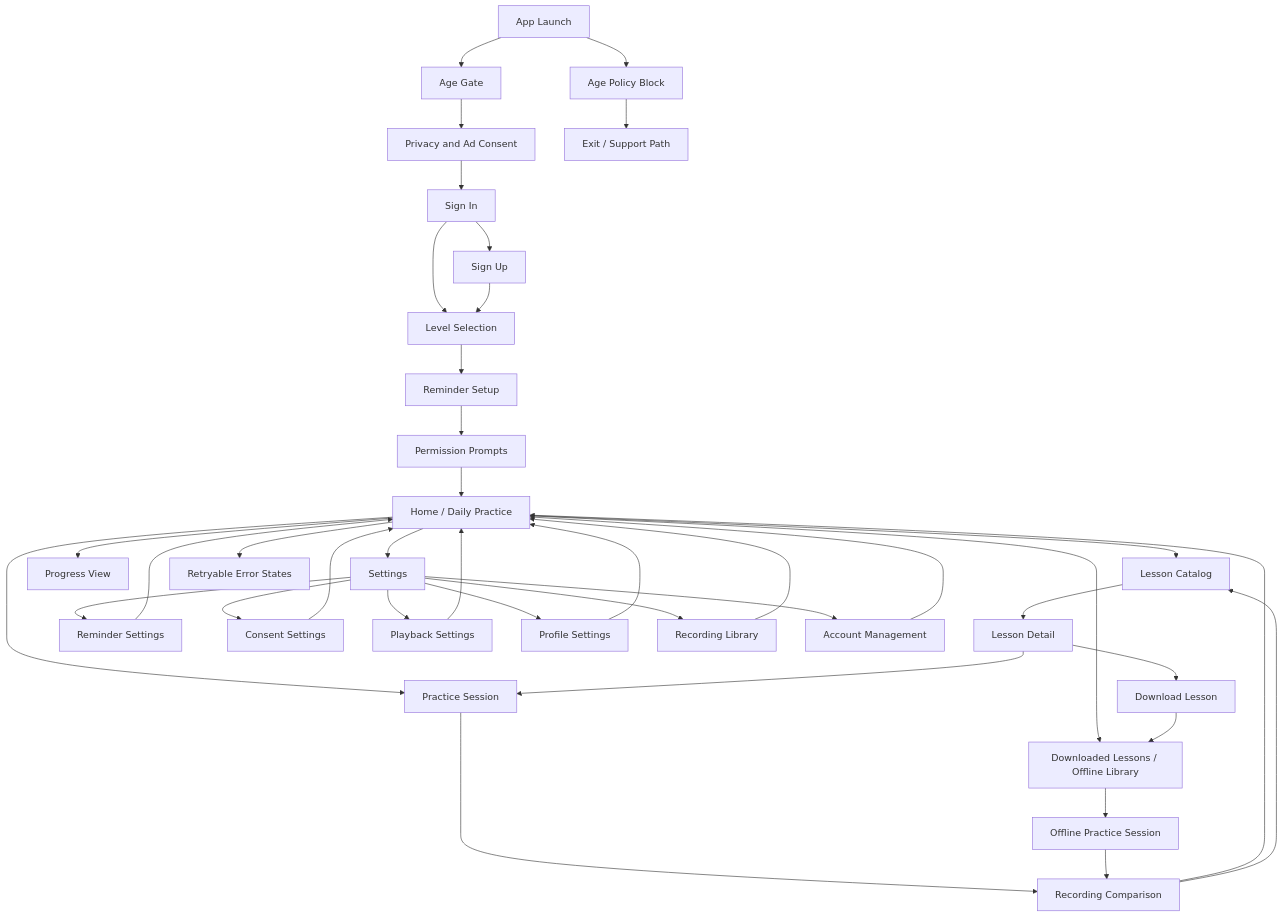
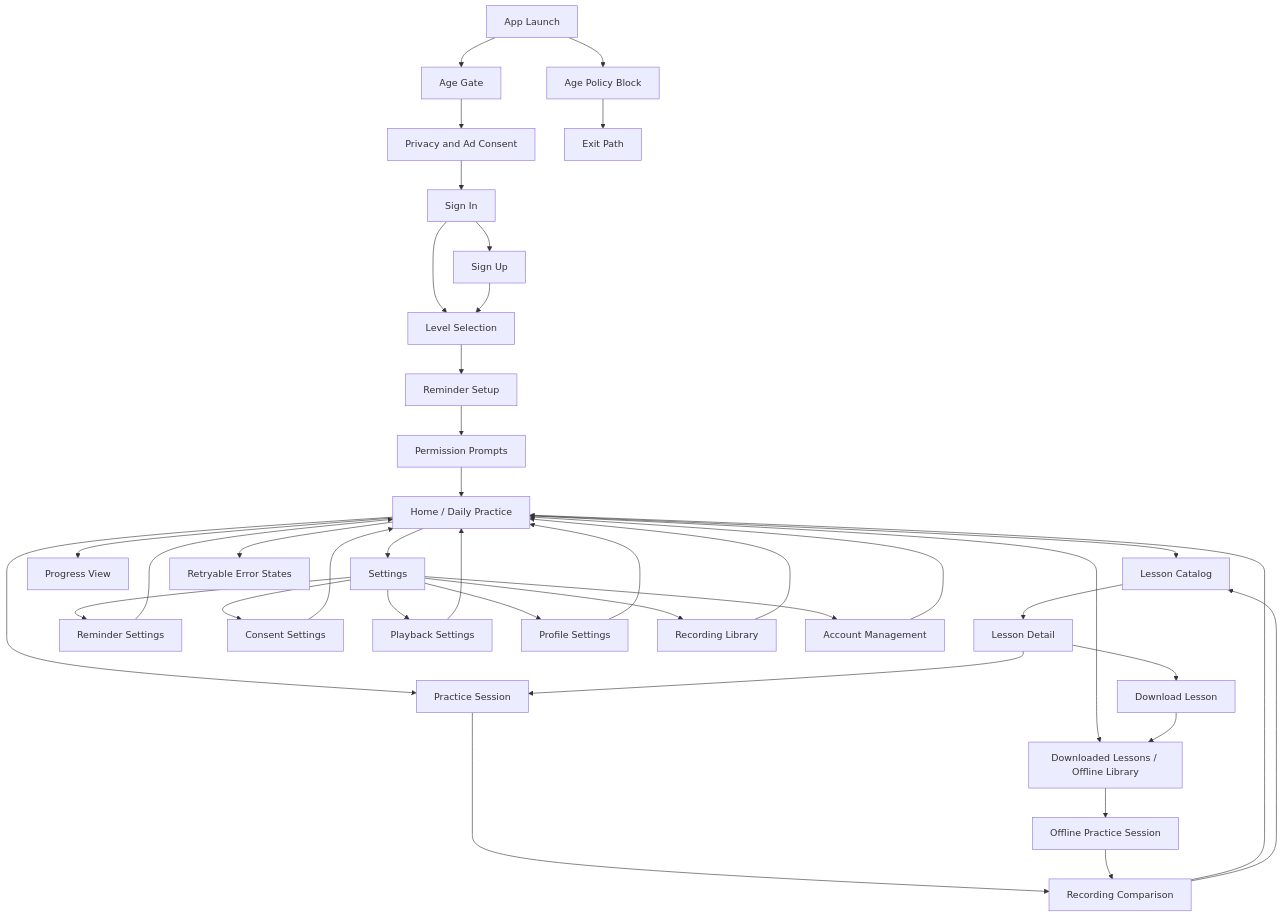
The diagram in specs/03-ux-ui-design/03-Wireframe-Document.md (minhhieu1/ShadowSpeak), drawn with Mermaid before and after one commit. The commit also changed other lines of this file and 41 other files, not shown here.

````diff
--- a/specs/03-ux-ui-design/03-Wireframe-Document.md
+++ b/specs/03-ux-ui-design/03-Wireframe-Document.md
@@ -54,48 +54,48 @@
 ```mermaid
 flowchart TD
     Launch[App Launch] --> AgeGate[Age Gate]
     Launch --> Block[Age Policy Block]
     AgeGate --> Consent[Privacy and Ad Consent]
     Consent --> SignIn[Sign In]
     SignIn --> Level[Level Selection]
     SignIn --> SignUp[Sign Up]
     SignUp --> Level[Level Selection]
     Level --> Reminder[Reminder Setup]
     Reminder --> Perms[Permission Prompts]
     Perms --> Home[Home / Daily Practice]
 
     Home --> Lessons[Lesson Catalog]
     Home --> Progress[Progress View]
     Home --> Downloads[Downloaded Lessons / Offline Library]
     Home --> Settings[Settings]
     Home --> Practice[Practice Session]
 
     Lessons --> Detail[Lesson Detail]
     Detail --> Practice
     Detail --> Download[Download Lesson]
     Download --> Downloads
 
     Practice --> Compare[Recording Comparison]
     Compare --> Home
     Compare --> Lessons
 
     Downloads --> Offline[Offline Practice Session]
     Offline --> Compare
 
     Settings --> ReminderSettings[Reminder Settings]
     Settings --> ConsentSettings[Consent Settings]
     Settings --> Playback[Playback Settings]
     Settings --> Profile[Profile Settings]
     Settings --> Recordings[Recording Library]
     Settings --> Account[Account Management]
 
     ReminderSettings --> Home
     ConsentSettings --> Home
     Playback --> Home
     Profile --> Home
     Recordings --> Home
     Account --> Home
 
     Home --> Error[Retryable Error States]
-    Block --> Support[Exit / Support Path]
+    Block --> Exit[Exit Path]
 ```
````
